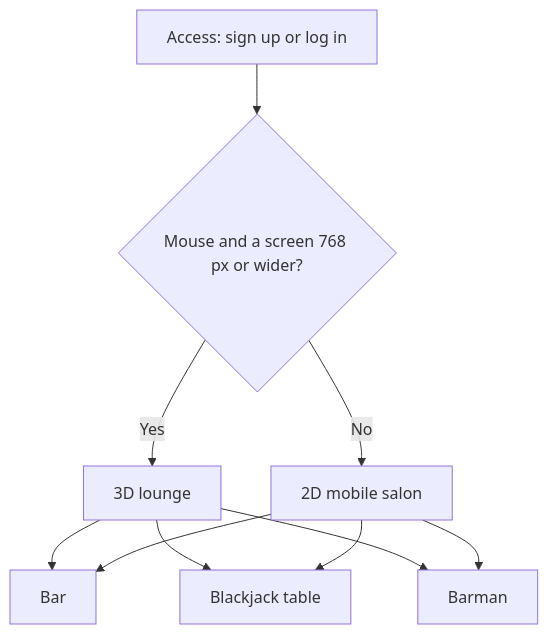
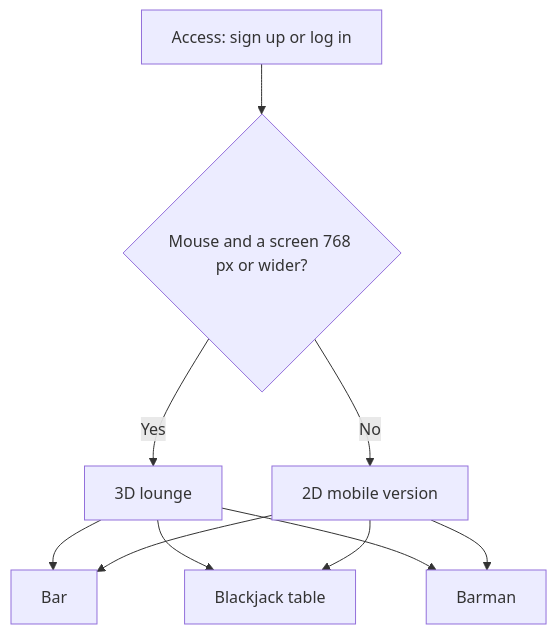
The diagram in README.en.md (iulian640/iulianlounge-frontend), drawn with Mermaid before and after one commit. The commit also changed other lines of this file and 4 other files, not shown here.

````diff
--- a/README.en.md
+++ b/README.en.md
@@ -149,12 +165,12 @@
 ```mermaid
 flowchart TD
     A[Access: sign up or log in] --> B{Mouse and a screen 768 px or wider?}
     B -- Yes --> C[3D lounge]
-    B -- No --> D[2D mobile salon]
+    B -- No --> D[2D mobile version]
     C --> E[Bar]
     C --> F[Blackjack table]
     C --> G[Barman]
     D --> E
     D --> F
     D --> G
 ```
````
